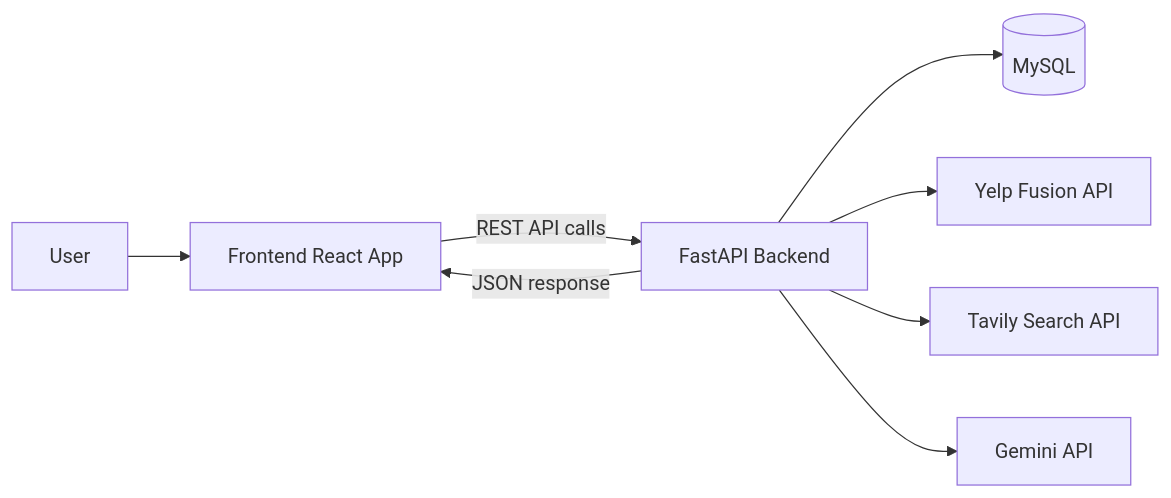
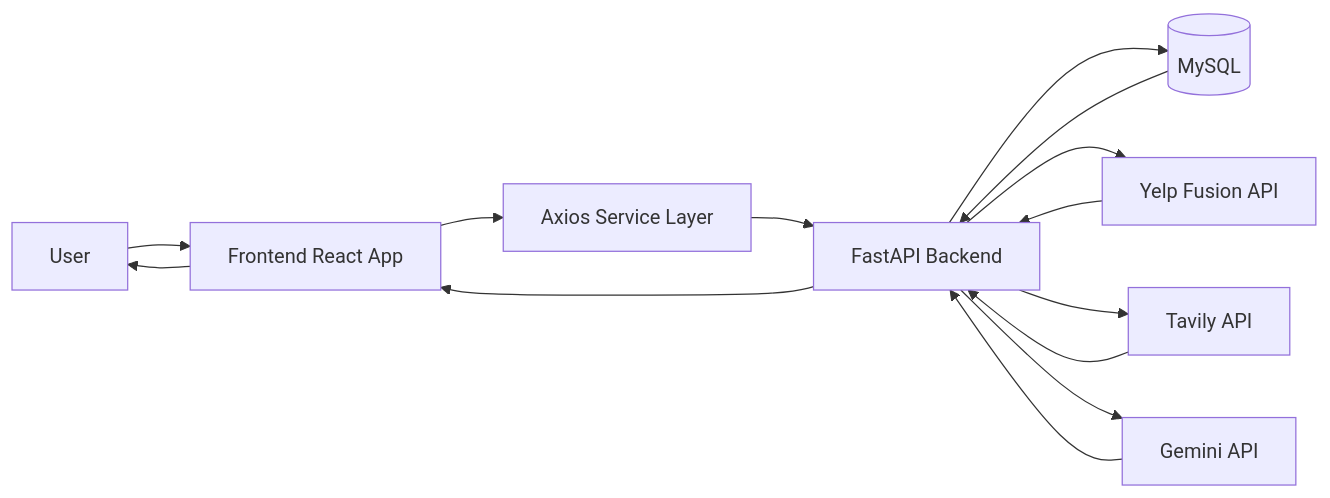
The first of 3 diagrams in README.md (patel-manav20/Yelp_Discovery_App), drawn with Mermaid before and after one commit. The commit also changed other lines of this file and 22 other files, not shown here.

````diff
--- a/README.md
+++ b/README.md
@@ -28,10 +40,19 @@
 ```mermaid
 flowchart LR
-    U[User] --> F[Frontend React App]
-    F -->|REST API calls| B[FastAPI Backend]
-    B --> DB[(MySQL)]
-    B --> Y[Yelp Fusion API]
-    B --> T[Tavily Search API]
-    B --> G[Gemini API]
-    B -->|JSON response| F
+    U[User] --> FE[Frontend React App]
+    FE --> API[Axios Service Layer]
+    API --> BE[FastAPI Backend]
+
+    BE --> DB[(MySQL)]
+    BE --> YELP[Yelp Fusion API]
+    BE --> TAV[Tavily API]
+    BE --> GEM[Gemini API]
+
+    DB --> BE
+    YELP --> BE
+    TAV --> BE
+    GEM --> BE
+
+    BE --> FE
+    FE --> U
 ```
````
